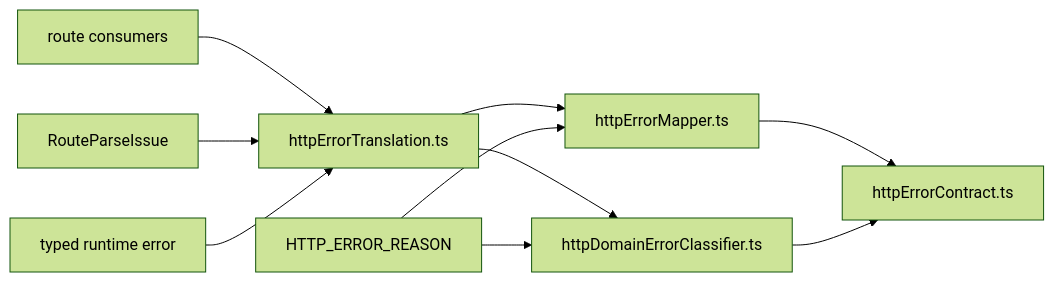
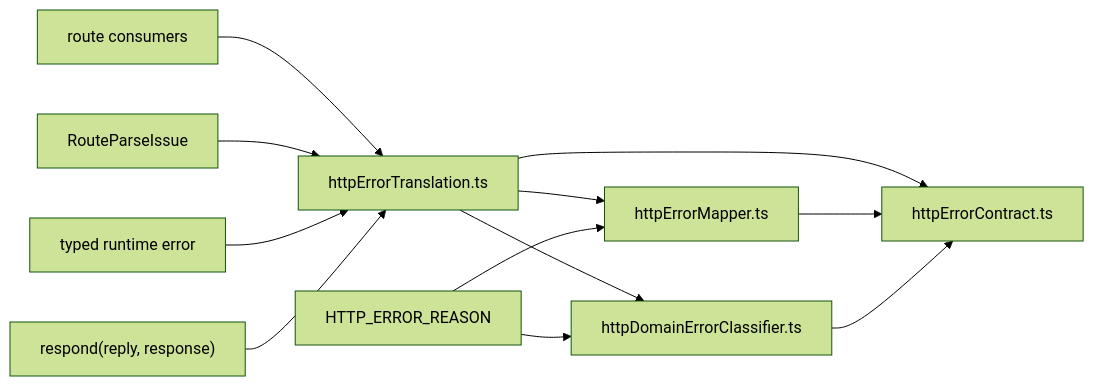
The second of 3 diagrams in docs/architecture/components/api/api-current-to-target-architecture.md (dunay2/dvt), drawn with Mermaid (forest theme) before and after one commit. The commit also changed other lines of this file and 14 other files, not shown here.

Commit message:
refactor(api): Converge HTTP error translation component seam

````diff
--- a/docs/architecture/components/api/api-current-to-target-architecture.md
+++ b/docs/architecture/components/api/api-current-to-target-architecture.md
@@ -184,12 +185,14 @@
 ```mermaid
 flowchart LR
   Consumers["route consumers"] --> Api["httpErrorTranslation.ts"]
   Parse["RouteParseIssue"] --> Api
   Runtime["typed runtime error"] --> Api
+  Writer["respond(reply, response)"] --> Api
   Api --> Mapper["httpErrorMapper.ts"]
   Api --> Classifier["httpDomainErrorClassifier.ts"]
+  Api --> Contract["httpErrorContract.ts"]
   Mapper --> Contract["httpErrorContract.ts"]
   Classifier --> Contract
   Reasons["HTTP_ERROR_REASON"] --> Mapper
   Reasons --> Classifier
 ```
````
